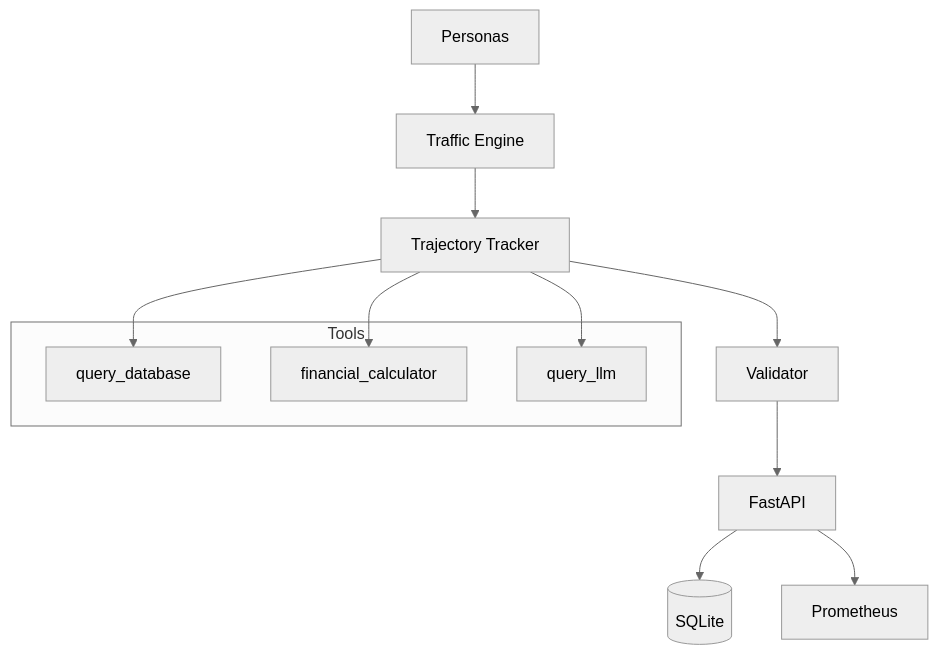
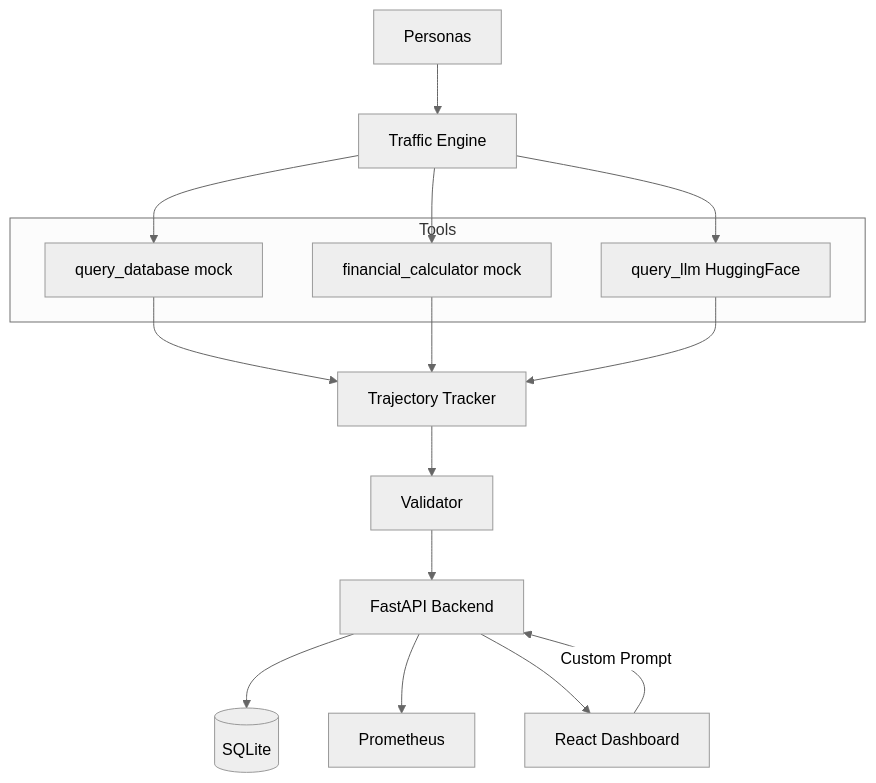
The diagram in frontend/README.md (Kashish-2005/AgentOps_ShadowEval), drawn with Mermaid (neutral theme) before and after one commit.

````diff
--- a/frontend/README.md
+++ b/frontend/README.md
@@ -37,19 +37,27 @@
 ```mermaid
 graph TD
-A[Personas] --> B[Traffic Engine]
-B --> C[Trajectory Tracker]
-C --> D[Validator]
-D --> E[FastAPI]
-E --> F[(SQLite)]
-E --> G[Prometheus]
+    A[Personas] --> B[Traffic Engine]
 
-subgraph Tools
-T1[query_database]
-T2[financial_calculator]
-T3[query_llm]
-end
+    subgraph Tools
+        T1[query_database mock]
+        T2[financial_calculator mock]
+        T3[query_llm HuggingFace]
+    end
 
-C --> T1
-C --> T2
-C --> T3
+    B --> T1
+    B --> T2
+    B --> T3
+
+    T1 --> C[Trajectory Tracker]
+    T2 --> C
+    T3 --> C
+
+    C --> D[Validator]
+    D --> E[FastAPI Backend]
+
+    E --> F[(SQLite)]
+    E --> G[Prometheus]
+    E --> H[React Dashboard]
+
+    H -->|Custom Prompt| E
 ```
````
